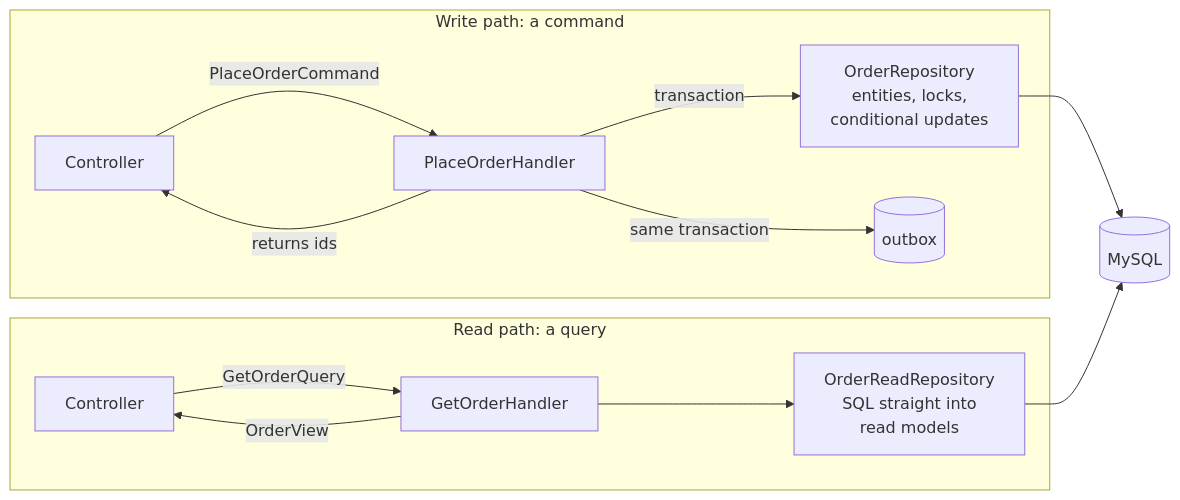
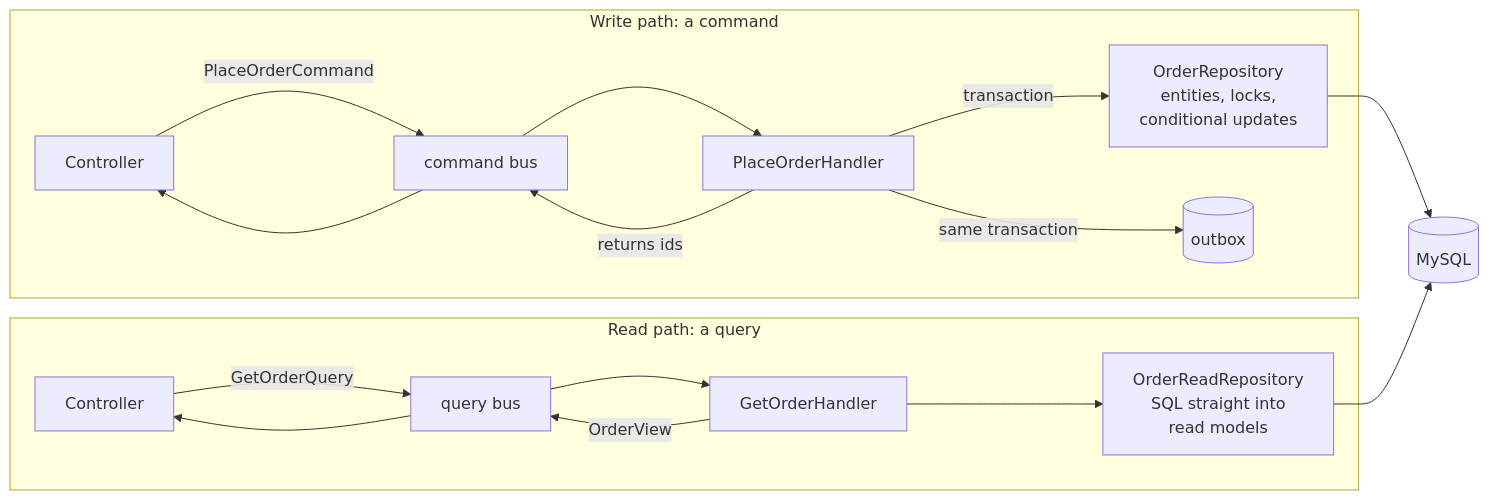
One commit to skm1995/merchant-panel changed the diagram in docs/architecture/cqrs.md. Above: the diagram before and after it, drawn with Mermaid. The commit also changed other lines of this file and 32 other files, not shown here.

````diff
--- a/docs/architecture/cqrs.md
+++ b/docs/architecture/cqrs.md
@@ -10,16 +10,20 @@
 ```mermaid
 flowchart LR
     subgraph Write["Write path: a command"]
-        C[Controller] -->|PlaceOrderCommand| H[PlaceOrderHandler]
+        C[Controller] -->|PlaceOrderCommand| B[command bus]
+        B --> H[PlaceOrderHandler]
         H -->|transaction| R[OrderRepository<br/>entities, locks,<br/>conditional updates]
         H -->|same transaction| O[(outbox)]
-        H -->|returns ids| C
+        H -->|returns ids| B
+        B --> C
     end
     subgraph Read["Read path: a query"]
-        C2[Controller] -->|GetOrderQuery| Q[GetOrderHandler]
+        C2[Controller] -->|GetOrderQuery| QB[query bus]
+        QB --> Q[GetOrderHandler]
         Q --> RR[OrderReadRepository<br/>SQL straight into<br/>read models]
-        Q -->|OrderView| C2
+        Q -->|OrderView| QB
+        QB --> C2
     end
     R --> DB[(MySQL)]
     RR --> DB
 ```
````
